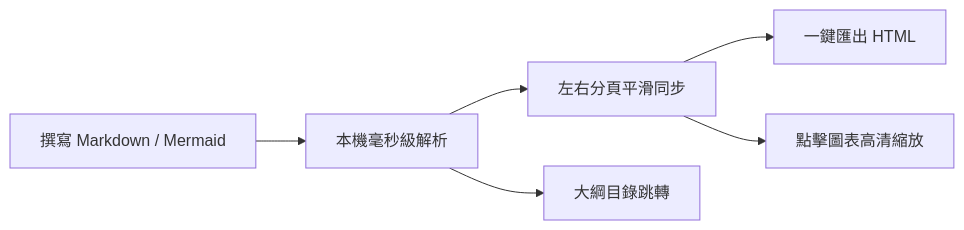
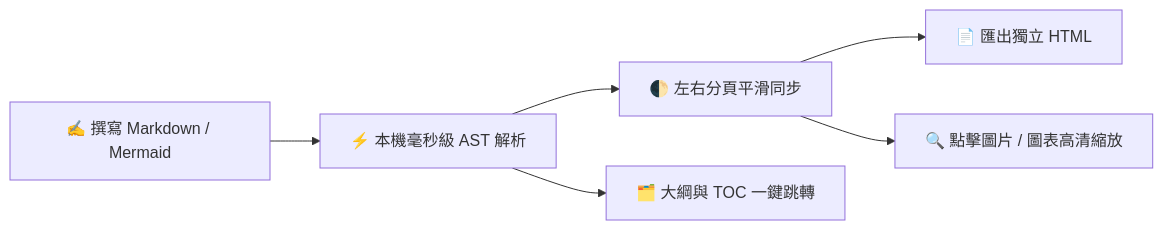
One commit to 2716190547/zmark changed the diagram in crates/zmark_app/assets/welcome/zh-TW.md. Above: the diagram before and after it, drawn with Mermaid. The commit also changed other lines of this file and 32 other files, not shown here.

````diff
--- a/crates/zmark_app/assets/welcome/zh-TW.md
+++ b/crates/zmark_app/assets/welcome/zh-TW.md
@@ -72,8 +84,8 @@
 ```mermaid
 flowchart LR
-    Write["撰寫 Markdown / Mermaid"] --> Parse["本機毫秒級解析"]
-    Parse --> Split["左右分頁平滑同步"]
-    Parse --> Outline["大綱目錄跳轉"]
-    Split --> Export["一鍵匯出 HTML"]
-    Split --> Lightbox["點擊圖表高清縮放"]
+    Write["✍️ 撰寫 Markdown / Mermaid"] --> Parse["⚡️ 本機毫秒級 AST 解析"]
+    Parse --> Split["🌓 左右分頁平滑同步"]
+    Parse --> Outline["🗂️ 大綱與 TOC 一鍵跳轉"]
+    Split --> Export["📄 匯出獨立 HTML"]
+    Split --> Lightbox["🔍 點擊圖片 / 圖表高清縮放"]
 ```
````
